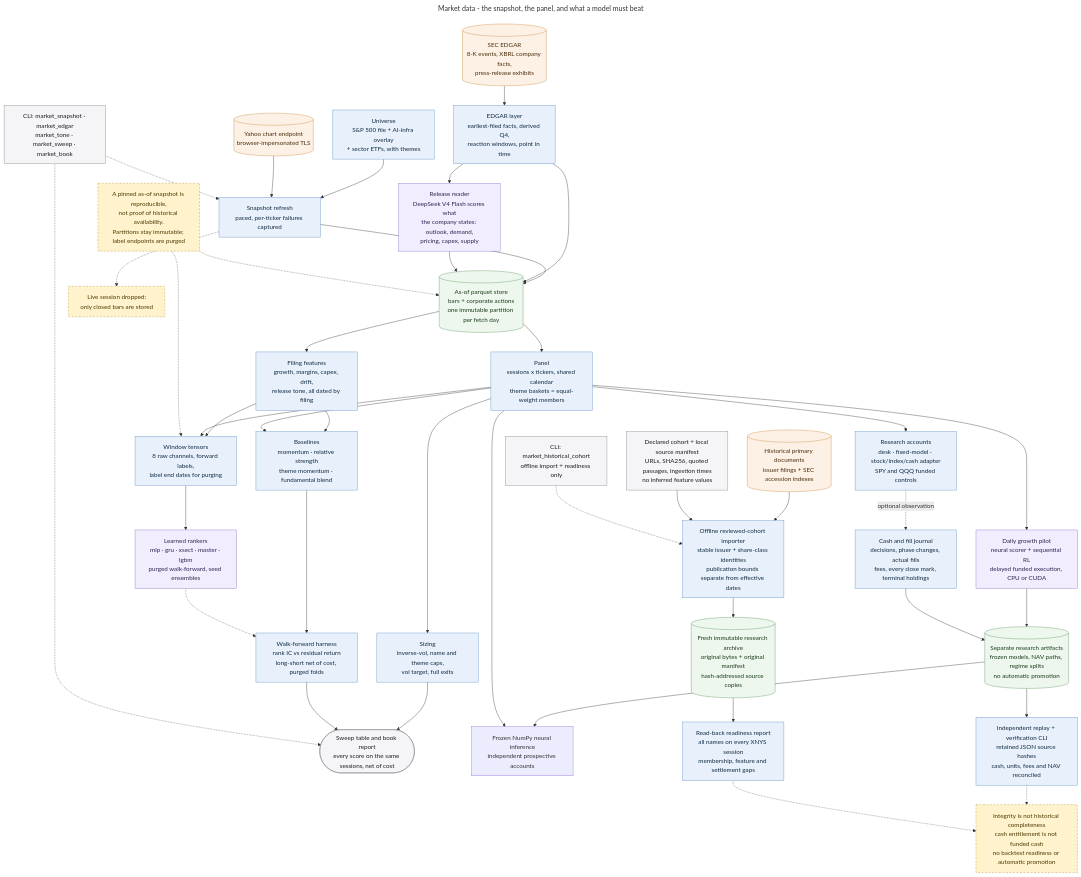
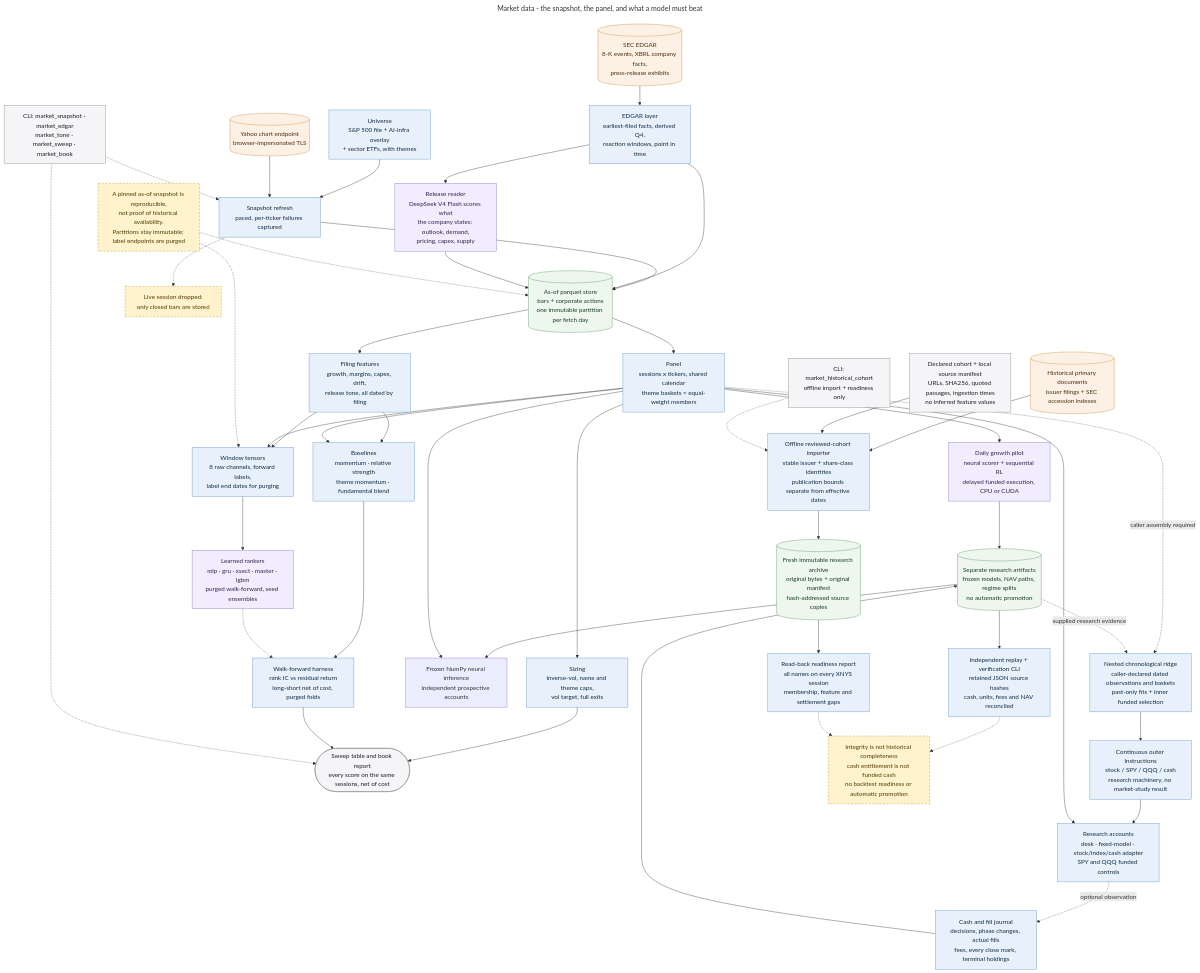
One commit to MallyaAni/PersonalAssistant changed the diagram in docs/diagrams/market-data.mmd. Above: the diagram before and after it, drawn with Mermaid. The commit also changed 14 other files, not shown here.

Commit message:
Add nested chronological fitting and funded allocation validation

```diff
--- a/docs/diagrams/market-data.mmd
+++ b/docs/diagrams/market-data.mmd
@@ -1,63 +1,67 @@
 ---
 title: Market data - the snapshot, the panel, and what a model must beat
 ---
 flowchart TB
     Universe[Universe<br/>S&P 500 file + AI-infra overlay<br/>+ sector ETFs, with themes] --> Refresh[Snapshot refresh<br/>paced, per-ticker failures captured]
     Yahoo[(Yahoo chart endpoint<br/>browser-impersonated TLS)] --> Refresh
     Refresh --> Store[(As-of parquet store<br/>bars + corporate actions<br/>one immutable partition per fetch day)]
     Refresh -.-> Drop[Live session dropped:<br/>only closed bars are stored]
 
     Edgar[(SEC EDGAR<br/>8-K events, XBRL company facts,<br/>press-release exhibits)] --> Filings[EDGAR layer<br/>earliest-filed facts, derived Q4,<br/>reaction windows, point in time]
     Filings --> Store
     Filings --> Reader[Release reader<br/>DeepSeek V4 Flash scores what<br/>the company states: outlook, demand,<br/>pricing, capex, supply]
     Reader --> Store
     Store --> Panel[Panel<br/>sessions x tickers, shared calendar<br/>theme baskets = equal-weight members]
     Store --> Extras[Filing features<br/>growth, margins, capex, drift,<br/>release tone, all dated by filing]
     Extras --> Baselines
     Extras --> Windows
     Panel --> Book[Sizing<br/>inverse-vol, name and theme caps,<br/>vol target, full exits]
     Book --> Report
     Panel --> Baselines[Baselines<br/>momentum · relative strength<br/>theme momentum · fundamental blend]
     Panel --> Windows[Window tensors<br/>8 raw channels, forward labels,<br/>label end dates for purging]
     Baselines --> Harness[Walk-forward harness<br/>rank IC vs residual return<br/>long-short net of cost, purged folds]
     Windows --> Model[Learned rankers<br/>mlp · gru · xsect · master · lgbm<br/>purged walk-forward, seed ensembles]
     Model -.-> Harness
     Harness --> Report([Sweep table and book report<br/>every score on the same sessions, net of cost])
     Panel --> Pilot[Daily growth pilot<br/>neural scorer + sequential RL<br/>delayed funded execution, CPU or CUDA]
     Pilot --> Research[(Separate research artifacts<br/>frozen models, NAV paths, regime splits<br/>no automatic promotion)]
     Research --> Forward[Frozen NumPy neural inference<br/>independent prospective accounts]
     Panel --> Forward
 
+    Panel -. caller assembly required .-> Nested[Nested chronological ridge<br/>caller-declared dated observations and baskets<br/>past-only fits + inner funded selection]
+    Research -. supplied research evidence .-> Nested
+    Nested --> Outer[Continuous outer instructions<br/>stock / SPY / QQQ / cash<br/>research machinery, no market-study result]
+    Outer --> Accounts
     Panel --> Accounts[Research accounts<br/>desk · fixed-model · stock/index/cash adapter<br/>SPY and QQQ funded controls]
     Accounts -. optional observation .-> Journal[Cash and fill journal<br/>decisions, phase changes, actual fills<br/>fees, every close mark, terminal holdings]
     Journal --> Research
     Research --> Audit[Independent replay + verification CLI<br/>retained JSON source hashes<br/>cash, units, fees and NAV reconciled]
     Audit -.-> Limits
 
     Primary[(Historical primary documents<br/>issuer filings + SEC accession indexes)] --> Cohort[Offline reviewed-cohort importer<br/>stable issuer + share-class identities<br/>publication bounds separate from effective dates]
     Manifest[Declared cohort + local source manifest<br/>URLs, SHA256, quoted passages, ingestion times<br/>no inferred feature values] --> Cohort
     Cohort --> Evidence[(Fresh immutable research archive<br/>original bytes + original manifest<br/>hash-addressed source copies)]
     Evidence --> Readiness[Read-back readiness report<br/>all names on every XNYS session<br/>membership, feature and settlement gaps]
     Readiness -.-> Limits[Integrity is not historical completeness<br/>cash entitlement is not funded cash<br/>no backtest readiness or automatic promotion]
     CohortCLI[CLI: market_historical_cohort<br/>offline import + readiness only] -.-> Cohort
 
     CLI[CLI: market_snapshot · market_edgar<br/>market_tone · market_sweep · market_book] -.-> Refresh
     CLI -.-> Report
 
     Rule[A pinned as-of snapshot is reproducible,<br/>not proof of historical availability.<br/>Partitions stay immutable; label endpoints are purged]
     Rule -.-> Store
     Rule -.-> Windows
 
     classDef interface fill:#f5f5f7,stroke:#86868b,color:#1d1d1f;
     classDef application fill:#e8f1fb,stroke:#5e8fc4,color:#102a43;
     classDef data fill:#eef7ee,stroke:#5f9562,color:#183b1b;
     classDef external fill:#fdf1e6,stroke:#c98a3d,color:#4a2c0a;
     classDef model fill:#f1edff,stroke:#8872c6,color:#2e2450;
     classDef warning fill:#fff3cd,stroke:#b78b20,color:#4d3900,stroke-dasharray:5 4;
     class CLI,Report,CohortCLI,Manifest interface;
-    class Universe,Refresh,Filings,Panel,Baselines,Windows,Harness,Extras,Book,Cohort,Readiness,Accounts,Journal,Audit application;
+    class Universe,Refresh,Filings,Panel,Baselines,Windows,Harness,Extras,Book,Cohort,Readiness,Accounts,Journal,Audit,Nested,Outer application;
     class Store,Evidence data;
     class Yahoo,Edgar,Primary external;
     class Model,Reader,Pilot model;
     class Research data;
     class Rule,Drop,Limits warning;
```
